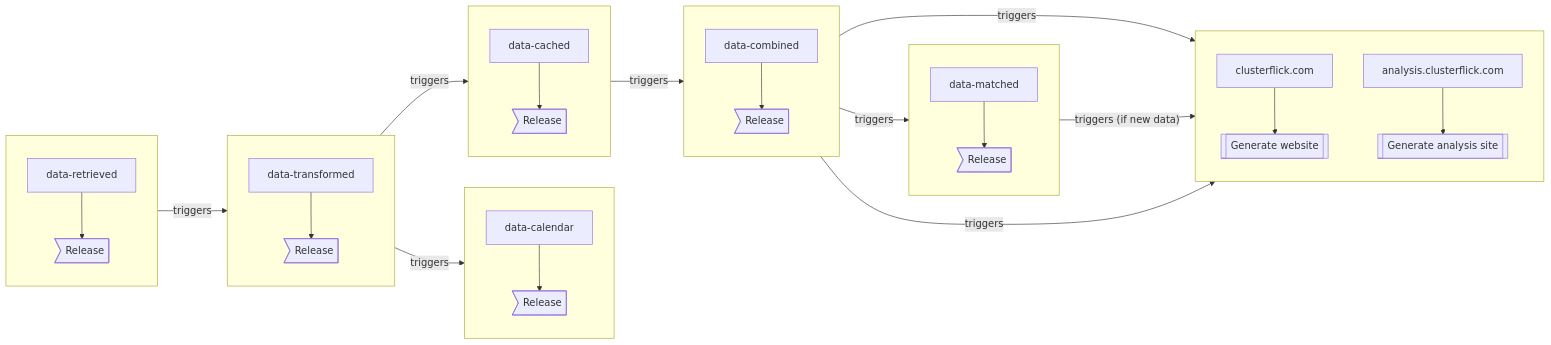
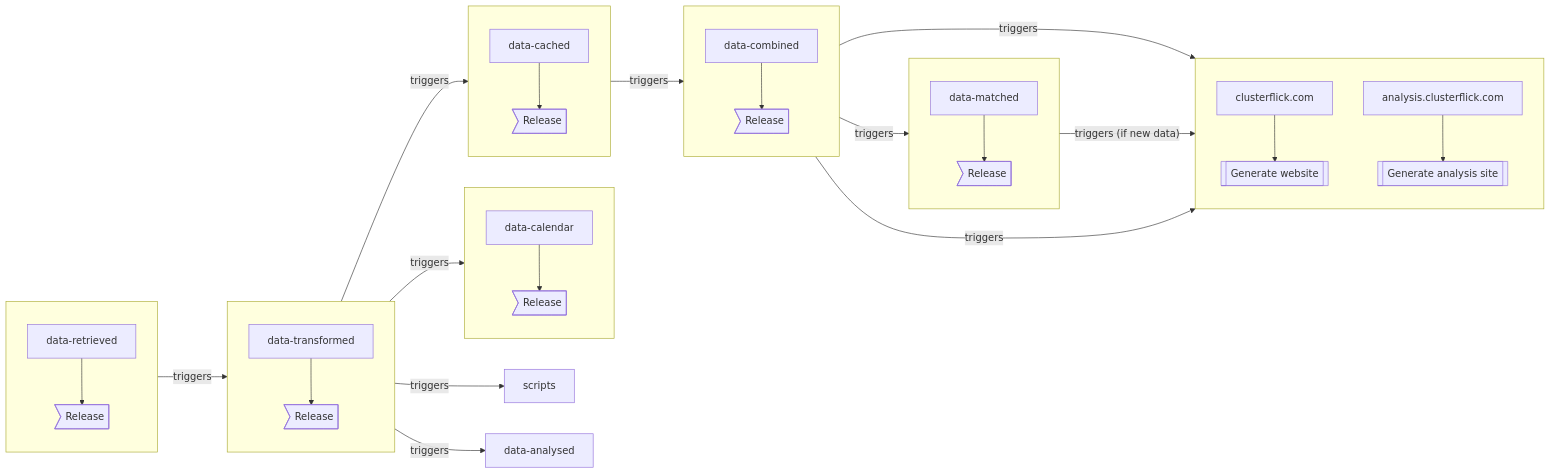
Before and after one commit to clusterflick/.github: the diagram in profile/README.md, drawn with Mermaid. The commit also changed other lines of this file, not shown here.

Commit message:
Update mermaid diagram

````diff
--- a/profile/README.md
+++ b/profile/README.md
@@ -20,55 +21,59 @@
 ```mermaid
 flowchart LR
     retrieved["data-retrieved"]
     transformed["data-transformed"]
     calendar["data-calendar"]
     cached["data-cached"]
     combined["data-combined"]
     matched["data-matched"]
+    scripts["scripts"]
+    analysed["data-analysed"]
 
     subgraph retrival[" "]
         direction TB
         retrieved --> retrival-release>Release]
     end
 
     subgraph transformation[" "]
         direction TB
         transformed --> transformation-release>Release]
     end
 
     subgraph calendars[" "]
         direction TB
         calendar --> calendar-release>Release]
     end
 
     subgraph caching[" "]
         direction TB
         cached --> cached-release>Release]
     end
 
     subgraph combination[" "]
         direction TB
         combined --> combined-release>Release]
     end
 
     subgraph matching[" "]
         direction TB
         matched --> matched-release>Release]
     end
 
     subgraph website[" "]
         direction TB
         clusterflick.com --> id1[[Generate website]]
         analysis["analysis.clusterflick.com"] --> id2[[Generate analysis site]]
     end
 
     retrival --triggers--> transformation
     transformation --triggers--> calendars
     transformation --triggers--> caching
+    transformation --triggers--> scripts
+    transformation --triggers--> analysed
     caching --triggers--> combination
     combination --triggers--> matching
     combination --triggers--> website
     matching --"triggers (if new data)"--> website
     combination --triggers--> analysis
 
 ```
````
